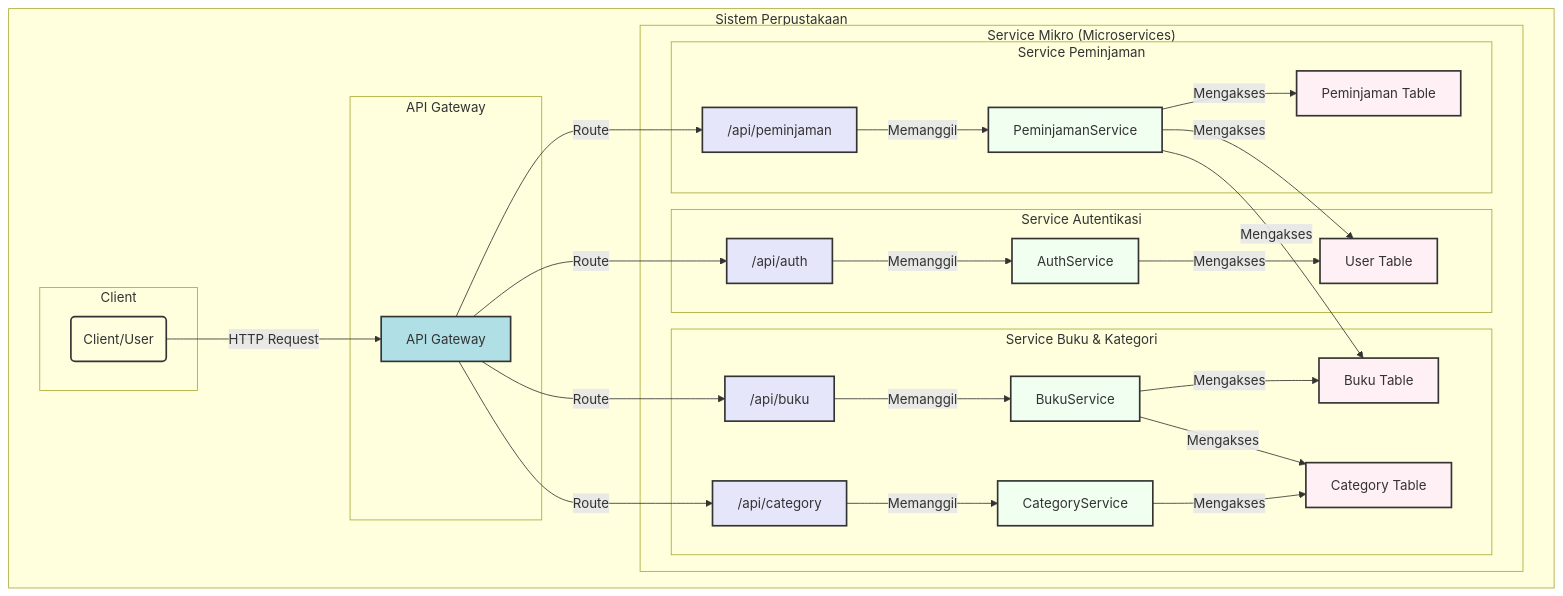
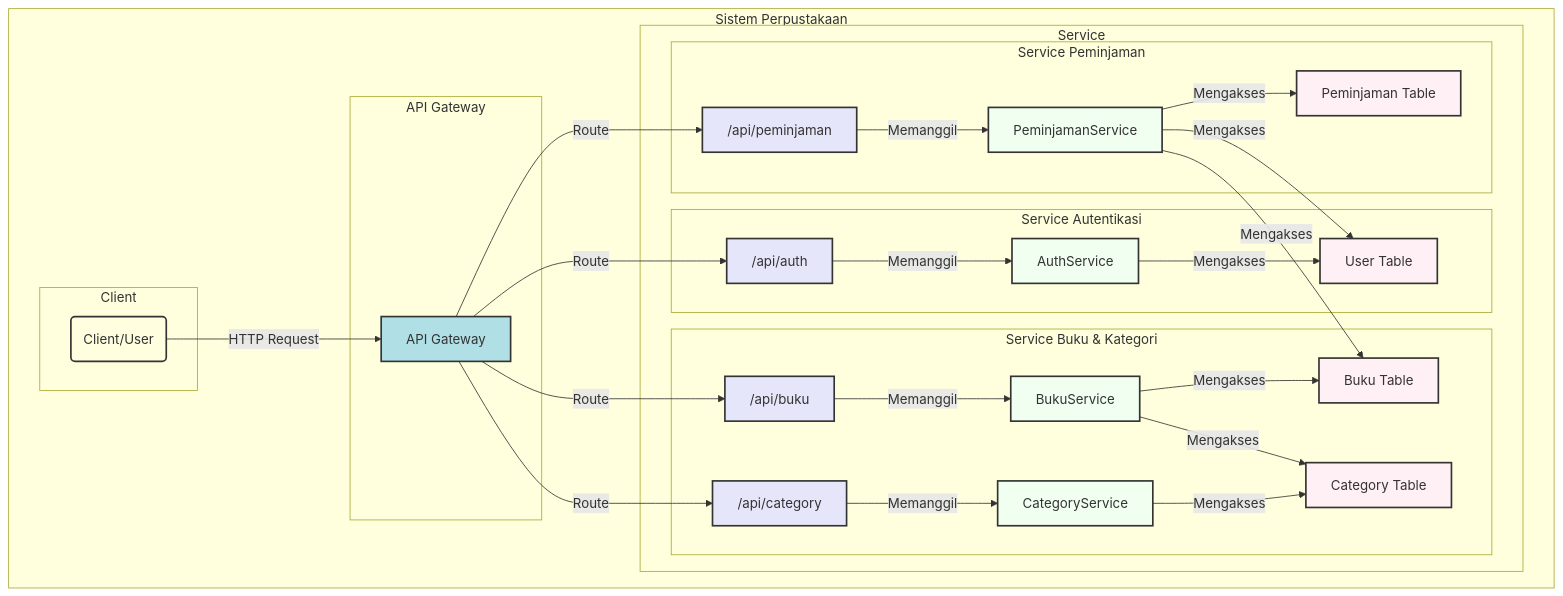
Before and after one commit to Arss011/library-management-system: the second of 2 diagrams in README.md, drawn with Mermaid.

Commit message:
docs: menambahkan dokumentasi project library management system di README

````diff
--- a/README.md
+++ b/README.md
@@ -42,73 +42,73 @@
 ```mermaid
 graph TD
     subgraph "Sistem Perpustakaan"
         subgraph "Client"
             C(Client/User)
         end
 
         subgraph "API Gateway"
             API[API Gateway]
         end
 
-        subgraph "Service Mikro (Microservices)"
+        subgraph "Service"
             subgraph "Service Autentikasi"
                 AuthController["/api/auth"]
                 AuthService[AuthService]
                 UserDB[User Table]
             end
 
             subgraph "Service Buku & Kategori"
                 BukuController["/api/buku"]
                 CategoryController["/api/category"]
                 BukuService[BukuService]
                 CategoryService[CategoryService]
                 BukuDB[Buku Table]
                 CategoryDB[Category Table]
             end
 
             subgraph "Service Peminjaman"
                 PeminjamanController["/api/peminjaman"]
                 PeminjamanService[PeminjamanService]
                 PeminjamanDB[Peminjaman Table]
             end
         end
     end
 
     %% Hubungan
     C -- "HTTP Request" --> API
     API -- "Route" --> AuthController
     API -- "Route" --> BukuController
     API -- "Route" --> CategoryController
     API -- "Route" --> PeminjamanController
 
     AuthController -- "Memanggil" --> AuthService
     AuthService -- "Mengakses" --> UserDB
 
     BukuController -- "Memanggil" --> BukuService
     BukuService -- "Mengakses" --> BukuDB
     BukuService -- "Mengakses" --> CategoryDB
 
     CategoryController -- "Memanggil" --> CategoryService
     CategoryService -- "Mengakses" --> CategoryDB
 
     PeminjamanController -- "Memanggil" --> PeminjamanService
     PeminjamanService -- "Mengakses" --> PeminjamanDB
     PeminjamanService -- "Mengakses" --> BukuDB
     PeminjamanService -- "Mengakses" --> UserDB
 
     %% Styling untuk visual yang lebih jelas
     style C fill:#FFFFE0,stroke:#333,stroke-width:2px
     style API fill:#B0E0E6,stroke:#333,stroke-width:2px
     style AuthController fill:#E6E6FA,stroke:#333,stroke-width:2px
     style BukuController fill:#E6E6FA,stroke:#333,stroke-width:2px
     style CategoryController fill:#E6E6FA,stroke:#333,stroke-width:2px
     style PeminjamanController fill:#E6E6FA,stroke:#333,stroke-width:2px
     style AuthService fill:#F0FFF0,stroke:#333,stroke-width:2px
     style BukuService fill:#F0FFF0,stroke:#333,stroke-width:2px
     style CategoryService fill:#F0FFF0,stroke:#333,stroke-width:2px
     style PeminjamanService fill:#F0FFF0,stroke:#333,stroke-width:2px
     style UserDB fill:#FFF0F5,stroke:#333,stroke-width:2px
     style BukuDB fill:#FFF0F5,stroke:#333,stroke-width:2px
     style CategoryDB fill:#FFF0F5,stroke:#333,stroke-width:2px
     style PeminjamanDB fill:#FFF0F5,stroke:#333,stroke-width:2px
 ```
````
